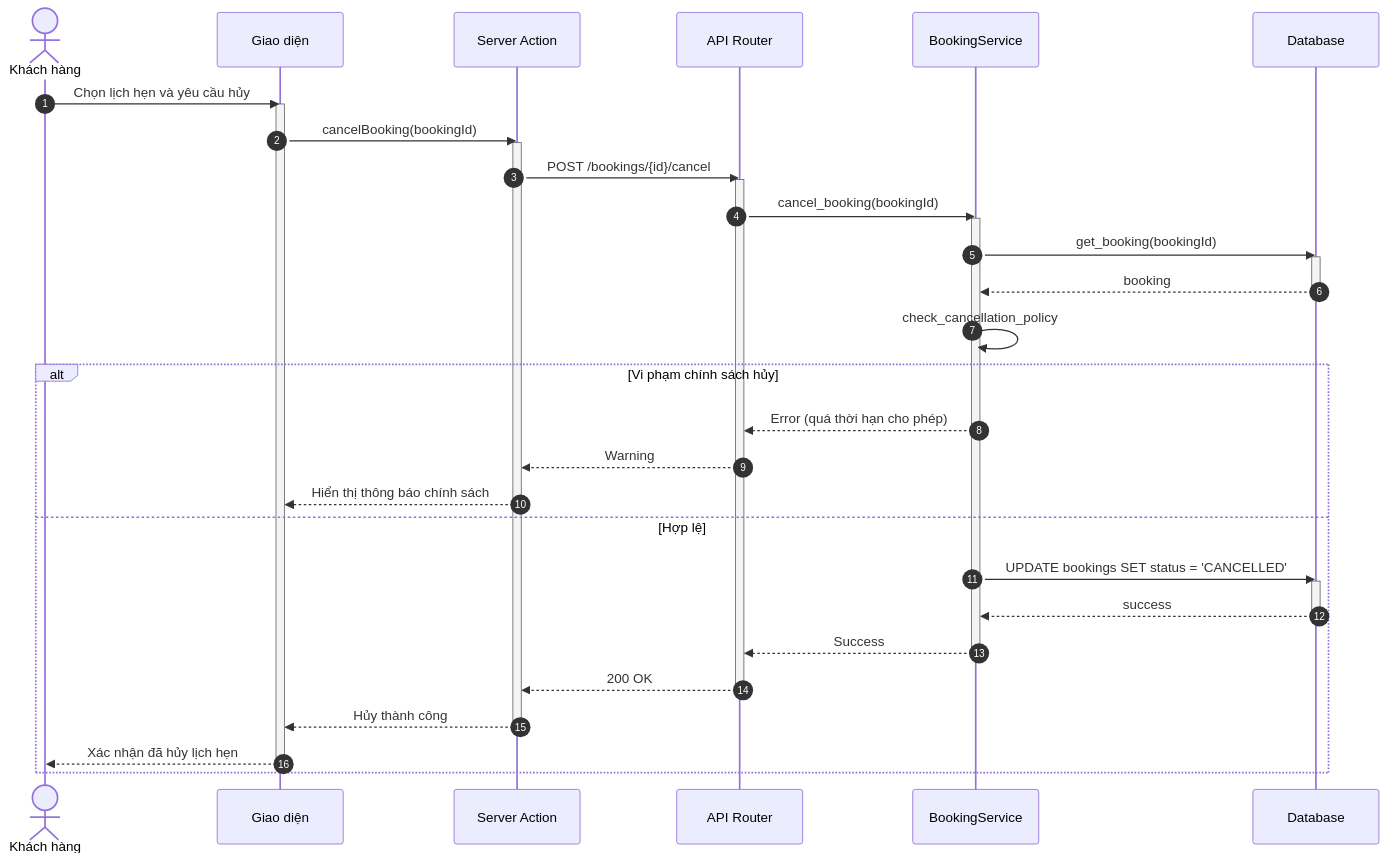
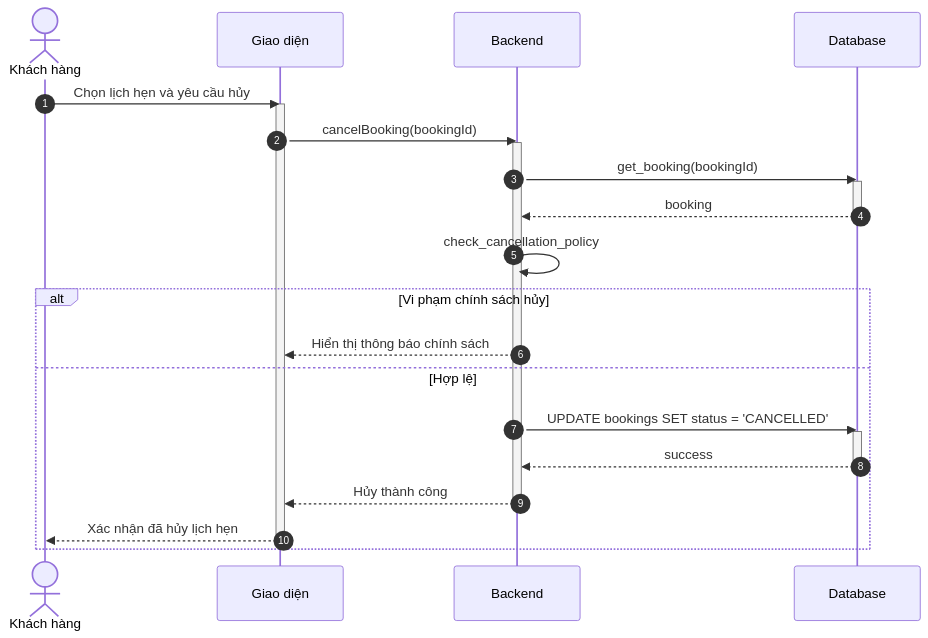
Before and after one commit to ngoctinn/Synapse: the eighth of 10 diagrams in docs/design/sequences/customer_flows.md, drawn with Mermaid. The commit also changed other lines of this file and 7 other files, not shown here.

Commit message:
docs: Add initial design documentation for authentication, user flows, and algorithm specification.

````diff
--- a/docs/design/sequences/customer_flows.md
+++ b/docs/design/sequences/customer_flows.md
@@ -352,47 +252,33 @@
 ```mermaid
 sequenceDiagram
     autonumber
     actor KH as Khách hàng
     participant UI as Giao diện
-    participant BFF as Server Action
-    participant API as API Router
-    participant S as BookingService
+    participant BE as Backend
     participant DB as Database
 
     KH->>UI: Chọn lịch hẹn và yêu cầu hủy
     activate UI
-    UI->>BFF: cancelBooking(bookingId)
-    activate BFF
+    UI->>BE: cancelBooking(bookingId)
+    activate BE
 
-    BFF->>API: POST /bookings/{id}/cancel
-    activate API
-
-    API->>S: cancel_booking(bookingId)
-    activate S
-
-    S->>DB: get_booking(bookingId)
+    BE->>DB: get_booking(bookingId)
     activate DB
-    DB-->>S: booking
+    DB-->>BE: booking
     deactivate DB
 
-    S->>S: check_cancellation_policy
+    BE->>BE: check_cancellation_policy
 
     alt Vi phạm chính sách hủy
-        S-->>API: Error (quá thời hạn cho phép)
-        API-->>BFF: Warning
-        BFF-->>UI: Hiển thị thông báo chính sách
+        BE-->>UI: Hiển thị thông báo chính sách
     else Hợp lệ
-        S->>DB: UPDATE bookings SET status = 'CANCELLED'
+        BE->>DB: UPDATE bookings SET status = 'CANCELLED'
         activate DB
-        DB-->>S: success
+        DB-->>BE: success
         deactivate DB
-        S-->>API: Success
-        deactivate S
-        API-->>BFF: 200 OK
-        deactivate API
-        BFF-->>UI: Hủy thành công
-        deactivate BFF
+        BE-->>UI: Hủy thành công
+        deactivate BE
         UI-->>KH: Xác nhận đã hủy lịch hẹn
         deactivate UI
     end
 ```
````
